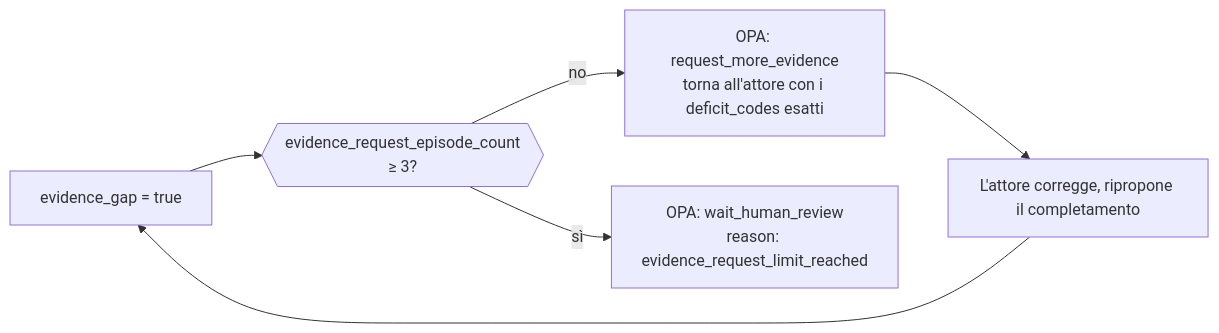
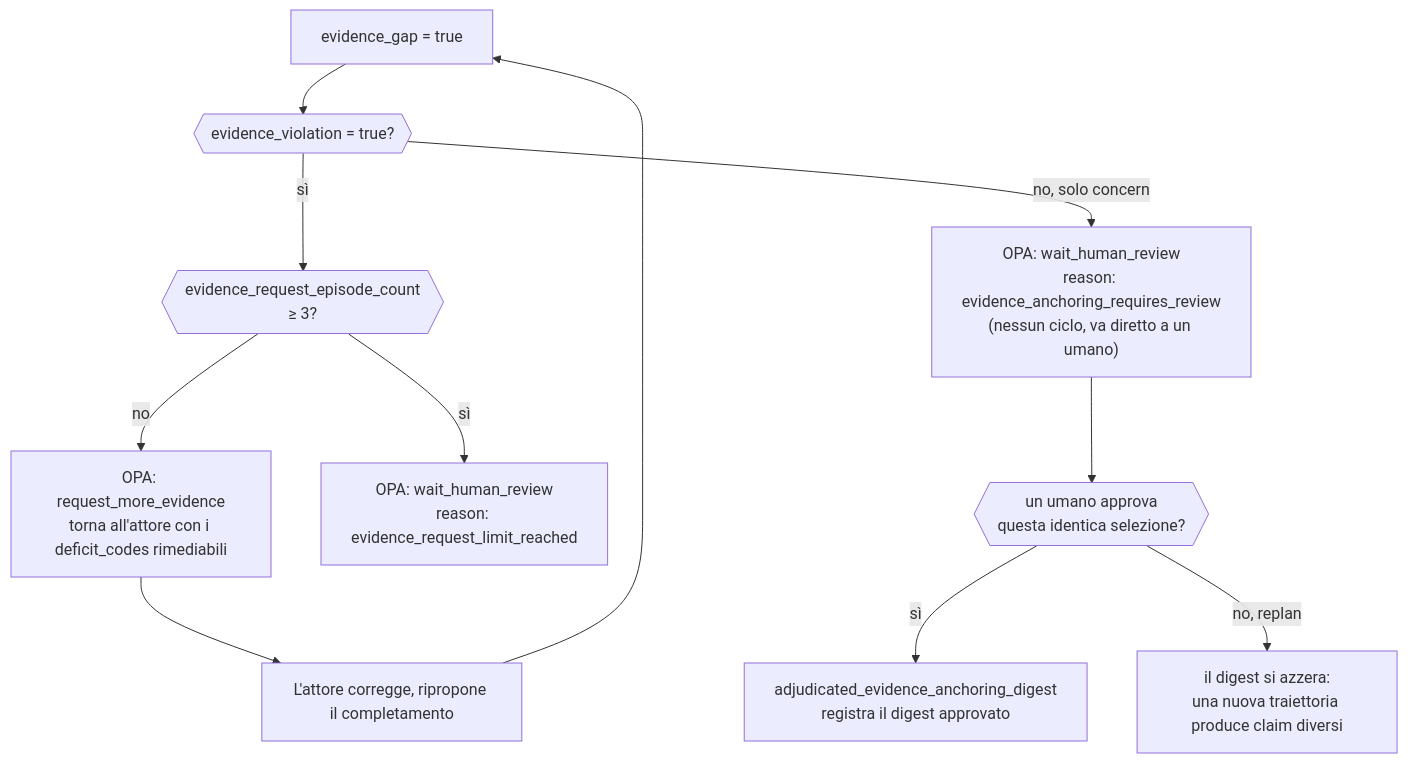
The fourth of 8 diagrams in docs/contracts_and_policy/pillars_riferimento_completo.md (francescogabrieli/agents_oversight_engine), drawn with Mermaid before and after one commit. The commit also changed other lines of this file and 13 other files, not shown here.

First line of the commit message:
feat: Enhance Italian language support for governance reason codes

````diff
--- a/docs/contracts_and_policy/pillars_riferimento_completo.md
+++ b/docs/contracts_and_policy/pillars_riferimento_completo.md
@@ -179,8 +193,13 @@
 ```mermaid
-flowchart LR
-    A["evidence_gap = true"] --> B{{"evidence_request_episode_count<br/>≥ 3?"}}
-    B -->|no| C["OPA: request_more_evidence<br/>torna all'attore con i deficit_codes esatti"]
-    B -->|sì| D["OPA: wait_human_review<br/>reason: evidence_request_limit_reached"]
-    C --> E["L'attore corregge, ripropone il completamento"]
-    E --> A
+flowchart TD
+    A["evidence_gap = true"] --> B{{"evidence_violation = true?"}}
+    B -->|sì| C{{"evidence_request_episode_count<br/>≥ 3?"}}
+    C -->|no| D["OPA: request_more_evidence<br/>torna all'attore con i deficit_codes rimediabili"]
+    C -->|sì| E["OPA: wait_human_review<br/>reason: evidence_request_limit_reached"]
+    D --> F["L'attore corregge, ripropone il completamento"]
+    F --> A
+    B -->|no, solo concern| G["OPA: wait_human_review<br/>reason: evidence_anchoring_requires_review<br/>(nessun ciclo, va diretto a un umano)"]
+    G --> H{{"un umano approva<br/>questa identica selezione?"}}
+    H -->|sì| I["adjudicated_evidence_anchoring_digest<br/>registra il digest approvato"]
+    H -->|no, replan| J["il digest si azzera:<br/>una nuova traiettoria produce claim diversi"]
 ```
````
